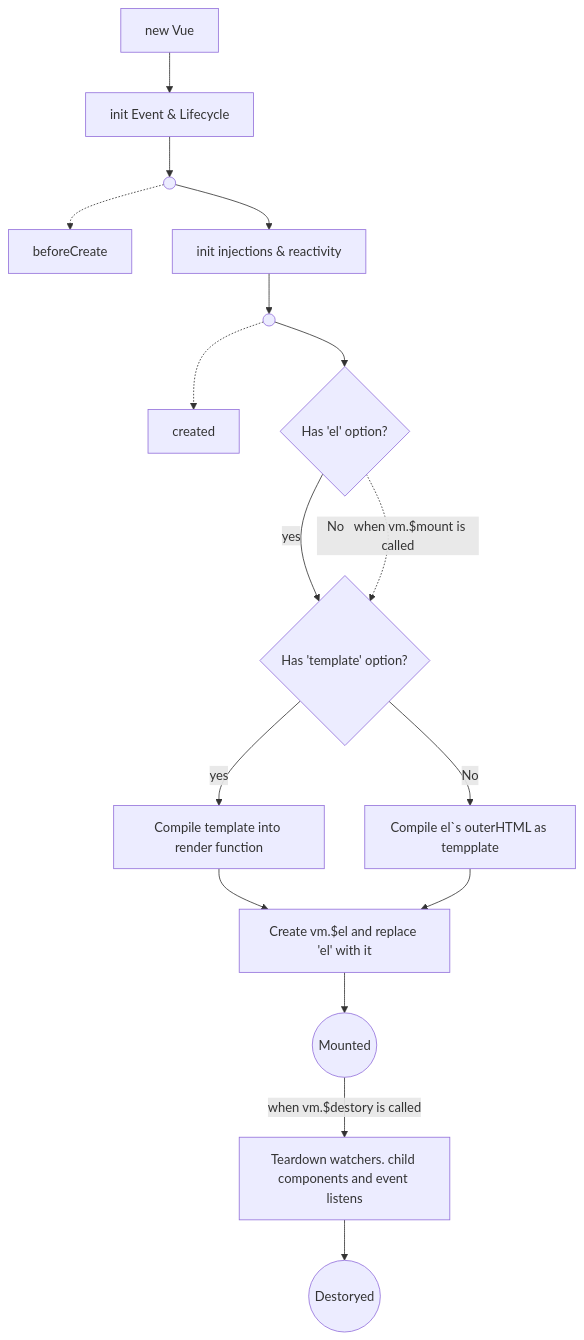
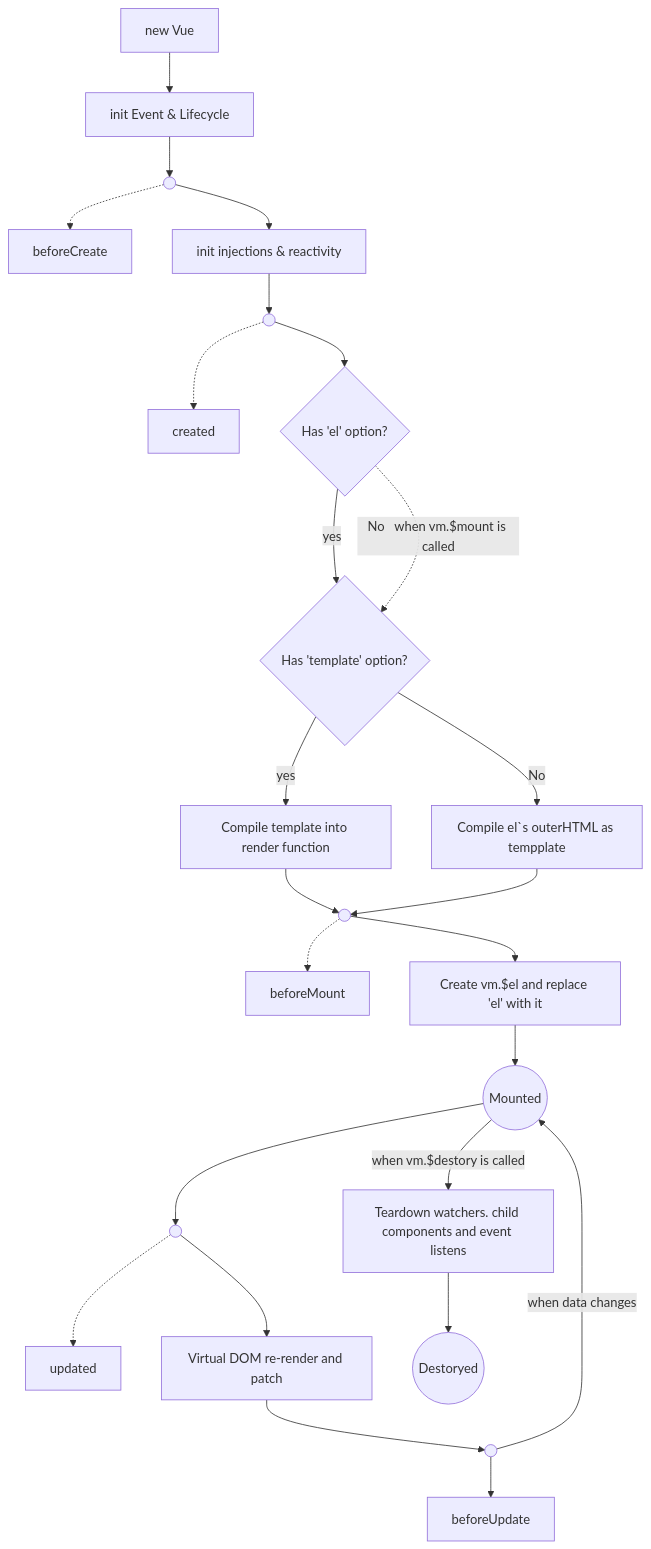
One commit to zmheang/howVue2works changed the diagram in study/4-生命周期/index.md. Above: the diagram before and after it, drawn with Mermaid. The commit also changed other lines of this file, not shown here.

````diff
--- a/study/4-生命周期/index.md
+++ b/study/4-生命周期/index.md
@@ -7,19 +7,27 @@
 ```mermaid
 graph TD
   a[new Vue] --> b[init Event & Lifecycle]
   b --> x(( ))
   x -.-> y[beforeCreate]
   x --> c[init injections & reactivity]
   c --> z(( ))
   z -.-> o[created]
   z --> d{Has 'el' option?}
   d -->|yes| e{Has 'template' option?}
   d -.-> |No   when vm.$mount is called|e
   e --> |yes|f[Compile template into render function]
   e --> |No|g[Compile el`s outerHTML as tempplate]
-  f --> h[Create vm.$el and replace 'el' with it]
-  g --> h
+  f --> p(( ))
+  g --> p
+  p -.-> q[beforeMount]
+  p --> h[Create vm.$el and replace 'el' with it]
   h --> i((Mounted))
+  i --> r(( ))
+  r -.-> u[updated]
+  r --> s[Virtual DOM re-render and patch]
+  s --> t(( ))
+  t --> v[beforeUpdate]
+  t -->|when data changes|i
   i -->|when vm.$destory is called|j[Teardown watchers. child components and event listens]
   j --> k((Destoryed))
 ```
````
